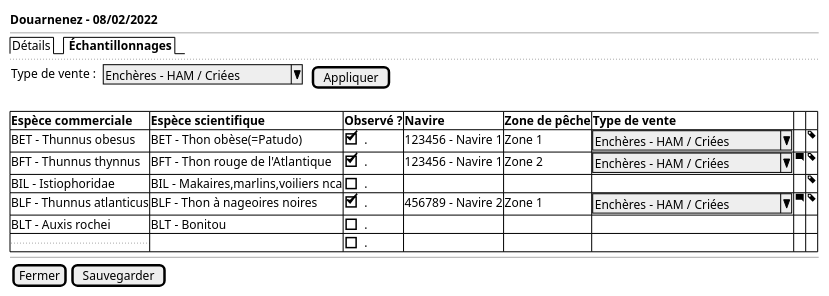
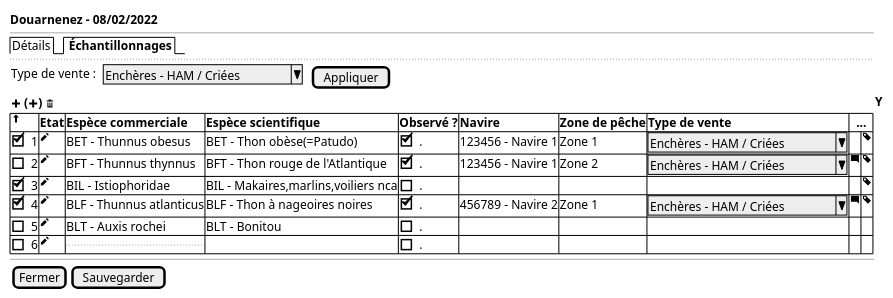
Before and after one commit to sumaris-net/sumaris-doc: the diagram in projects/obsvente/spe/images/landings-table-outremer.puml, drawn with PlantUML. The commit also changed 4 other files, not shown here.

```diff
--- a/projects/obsvente/spe/images/landings-table-outremer.puml
+++ b/projects/obsvente/spe/images/landings-table-outremer.puml
@@ -1,24 +1,25 @@
 @startsalt
 {
   <b>Douarnenez - 08/02/2022
   --
   {/  Détails | <b> Échantillonnages}
   ..
   { Type de vente : | . | ^Enchères - HAM / Criées^ | . | [Appliquer] }
-  .
+
+  { <&plus> <b>(<&plus>) <&trash> } | <b>Y
 	{#
-      <b>Espèce commerciale | <b>Espèce scientifique  | <b>Observé ? | <b>Navire | <b>Zone de pêche| <b>Type de vente | . | .
-       BET - Thunnus obesus | BET - Thon obèse(=Patudo) | [X]. | 123456 - Navire 1 | Zone 1 | ^Enchères - HAM / Criées^ | . | <&tag>
-       BFT - Thunnus thynnus | BFT - Thon rouge de l'Atlantique |  [X]. | 123456 - Navire 1 | Zone 2 | ^Enchères - HAM / Criées^ | <&comment-square> | <&tag>
-       BIL - Istiophoridae | BIL - Makaires,marlins,voiliers nca | [ ]. | . | . | . | . | <&tag>
-       BLF - Thunnus atlanticus | BLF - Thon à nageoires noires | [X]. | 456789 - Navire 2 | Zone 1 | ^Enchères - HAM / Criées^ | <&comment-square> | <&tag>
-       BLT - Auxis rochei | BLT - Bonitou | [ ] . | . | . | . | . | .
-       ... | . | [ ] . | . | . | . | . | .
+      <&arrow-thick-top> | <b>Etat | <b>Espèce commerciale | <b>Espèce scientifique  | <b>Observé ? | <b>Navire | <b>Zone de pêche| <b>Type de vente | <b>  ... | *
+      [X] 1 | <&pencil> |  BET - Thunnus obesus | BET - Thon obèse(=Patudo) | [X]. | 123456 - Navire 1 | Zone 1 | ^Enchères - HAM / Criées^ | . | <&tag>
+      [] 2 |<&pencil>  | BFT - Thunnus thynnus | BFT - Thon rouge de l'Atlantique |  [X]. | 123456 - Navire 1 | Zone 2 | ^Enchères - HAM / Criées^ | <&comment-square> | <&tag>
+      [X] 3 |<&pencil>  | BIL - Istiophoridae | BIL - Makaires,marlins,voiliers nca | [ ]. | . | . | . | . | <&tag>
+      [X] 4 |<&pencil>  | BLF - Thunnus atlanticus | BLF - Thon à nageoires noires | [X]. | 456789 - Navire 2 | Zone 1 | ^Enchères - HAM / Criées^ | <&comment-square> | <&tag>
+      [] 5 |<&pencil>  | BLT - Auxis rochei | BLT - Bonitou | [ ] . | . | . | . | . | .
+      [] 6 | <&pencil>  | ... | . | [ ] . | . | . | . | . | .
     }
   --
 
   {
     [Fermer] | [Sauvegarder]
   }
 }
 @endsalt
```
